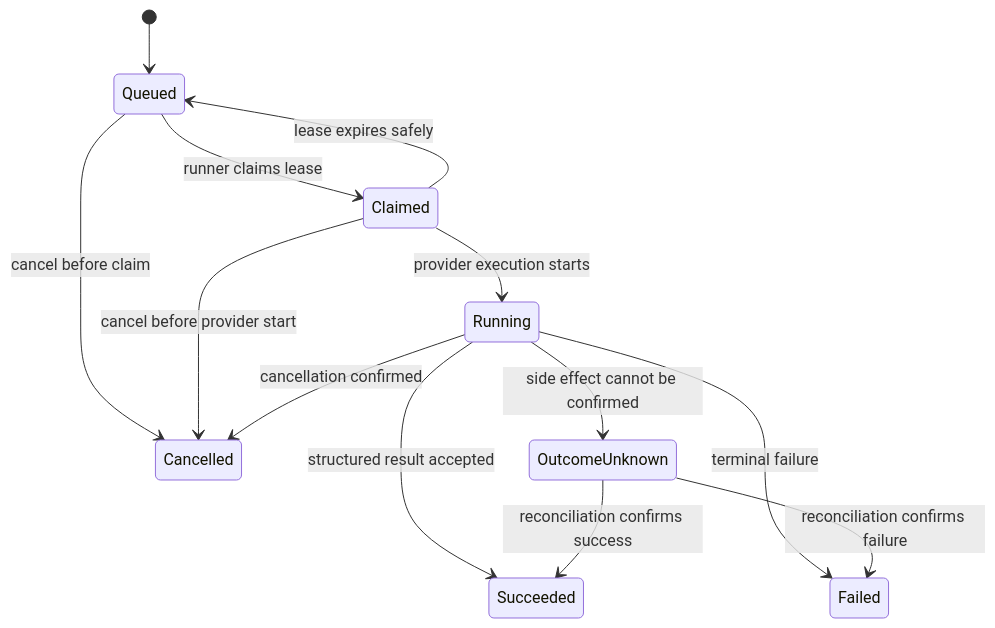
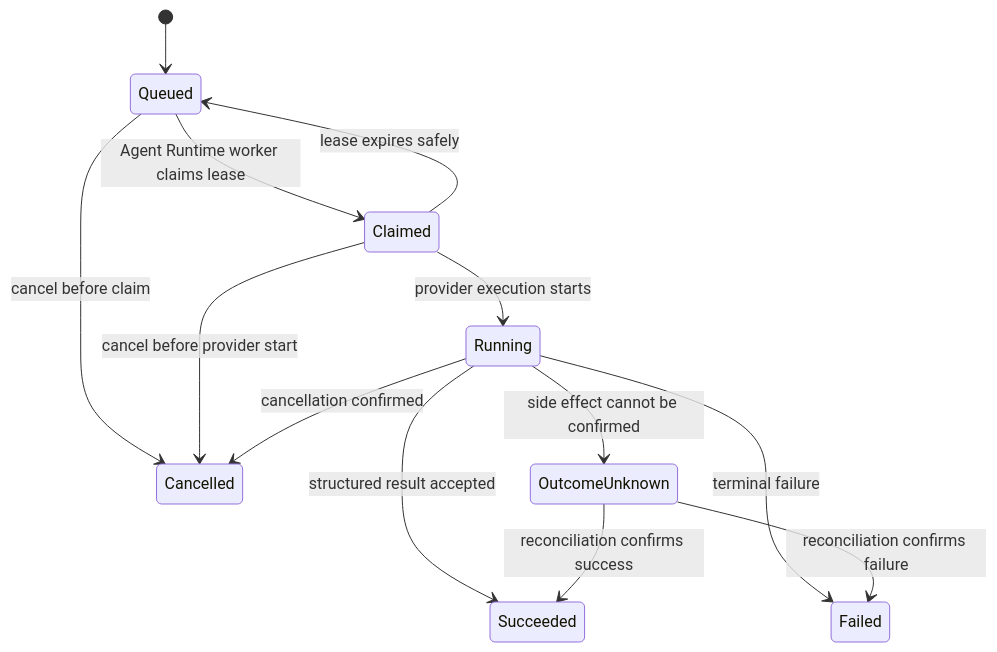
The seventh of 8 diagrams in docs/business-model.md (hataketed7977/taskpilot), drawn with Mermaid before and after one commit. The commit also changed other lines of this file and 40 other files, not shown here.

Commit message:
refactor: adopt desktop agent runtime architecture

````diff
--- a/docs/business-model.md
+++ b/docs/business-model.md
@@ -635,15 +635,15 @@
 ```mermaid
 stateDiagram-v2
     [*] --> Queued
-    Queued --> Claimed: runner claims lease
+    Queued --> Claimed: Agent Runtime worker claims lease
     Queued --> Cancelled: cancel before claim
     Claimed --> Running: provider execution starts
     Claimed --> Cancelled: cancel before provider start
     Running --> Succeeded: structured result accepted
     Running --> Failed: terminal failure
     Running --> OutcomeUnknown: side effect cannot be confirmed
     Running --> Cancelled: cancellation confirmed
     Claimed --> Queued: lease expires safely
     OutcomeUnknown --> Succeeded: reconciliation confirms success
     OutcomeUnknown --> Failed: reconciliation confirms failure
 ```
````
